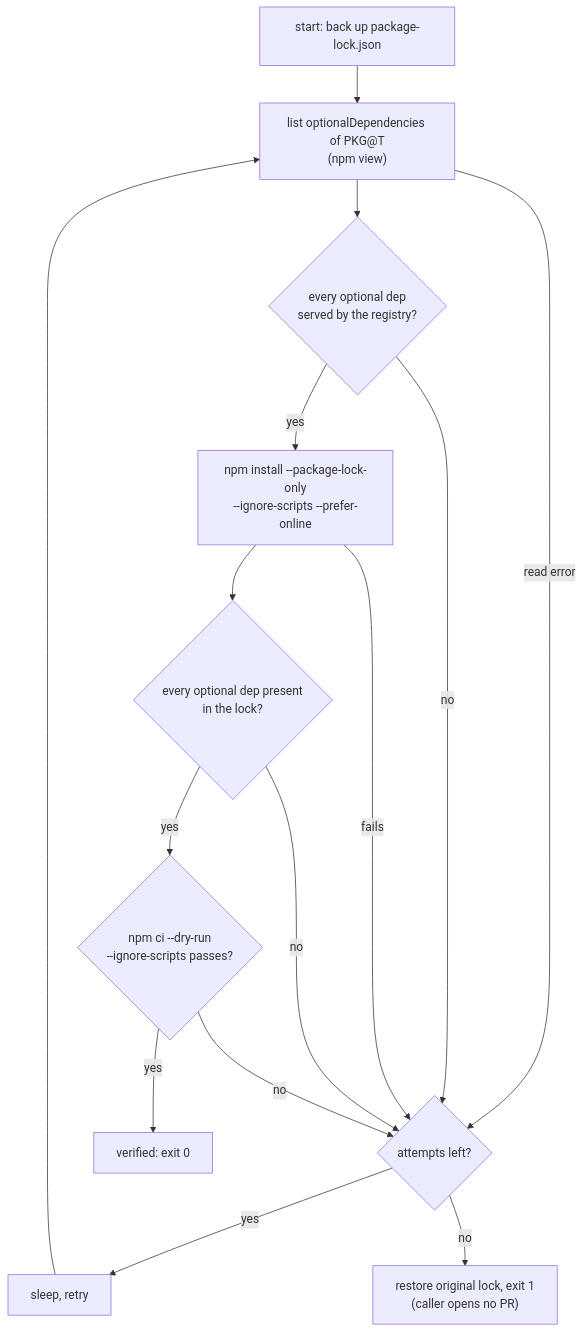
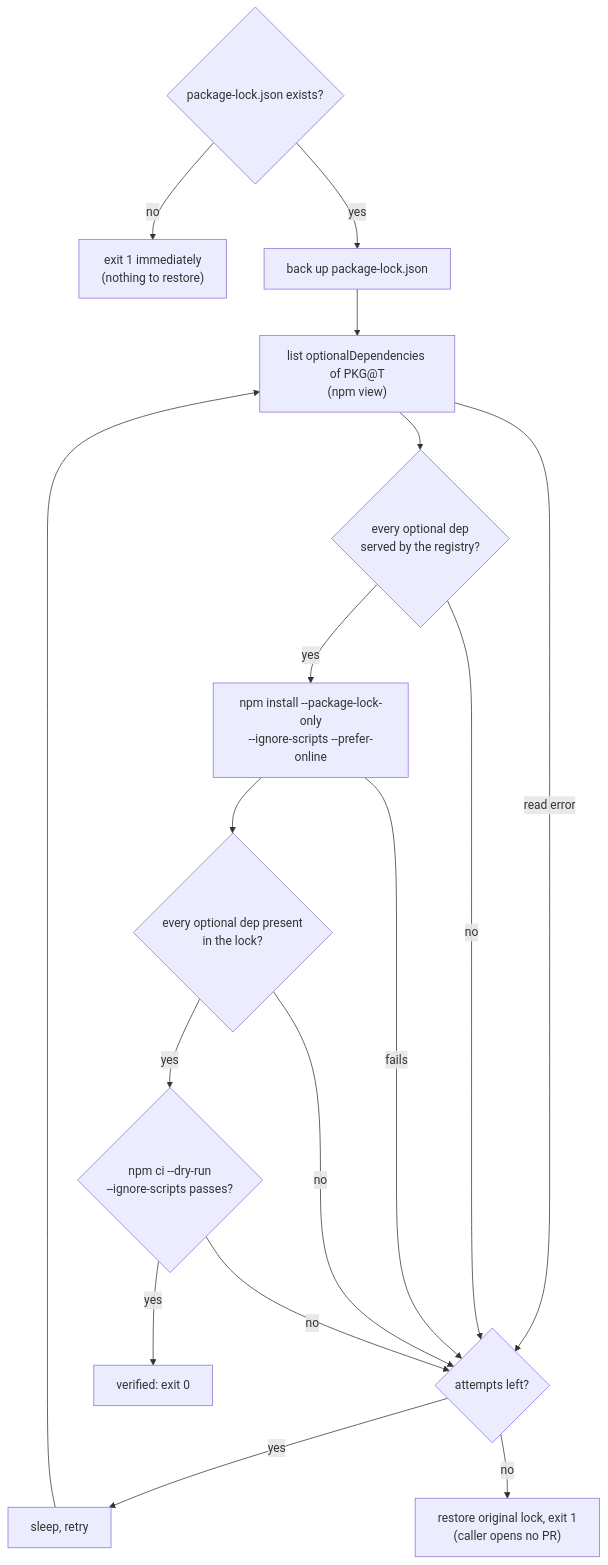
The diagram in actions/npm-relock/README.md (agentcontextdistributionprotocol/acdp-ci), drawn with Mermaid before and after one commit. The commit also changed other lines of this file and 4 other files, not shown here.

````diff
--- a/actions/npm-relock/README.md
+++ b/actions/npm-relock/README.md
@@ -18,16 +18,17 @@
 ```mermaid
 flowchart TD
-  S["start: back up package-lock.json"] --> L["list optionalDependencies of PKG@T<br/>(npm view)"]
+  N{"package-lock.json exists?"} -- no --> F0["exit 1 immediately<br/>(nothing to restore)"]
+  N -- yes --> S["back up package-lock.json"] --> L["list optionalDependencies of PKG@T<br/>(npm view)"]
   L -- "read error" --> R
   L --> W{"every optional dep<br/>served by the registry?"}
   W -- no --> R
   W -- yes --> K["npm install --package-lock-only<br/>--ignore-scripts --prefer-online"]
   K -- fails --> R
   K --> P{"every optional dep present<br/>in the lock?"}
   P -- no --> R
   P -- yes --> C{"npm ci --dry-run<br/>--ignore-scripts passes?"}
   C -- no --> R
   C -- yes --> OK["verified: exit 0"]
   R{"attempts left?"} -- yes --> Z["sleep, retry"] --> L
   R -- no --> F["restore original lock, exit 1<br/>(caller opens no PR)"]
 ```
````
